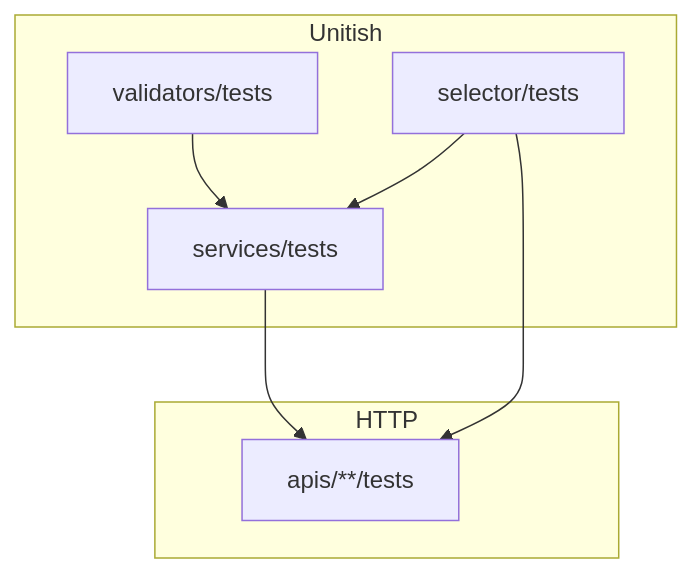
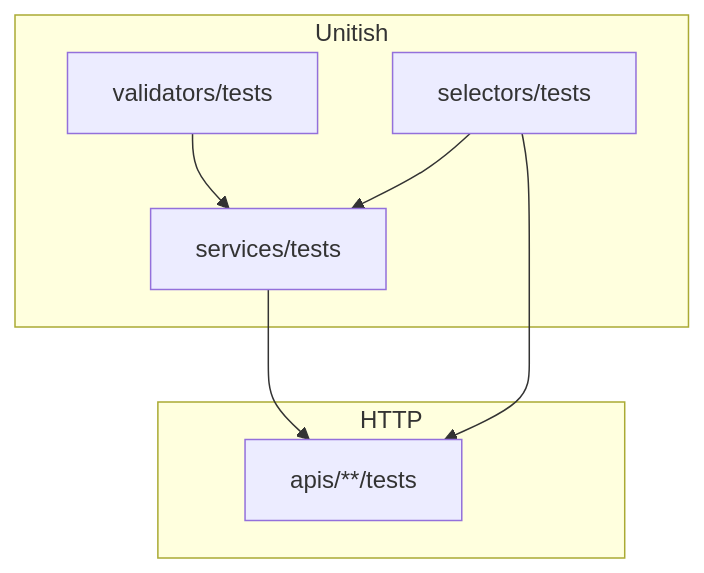
Before and after one commit to alidanial7/django-style-guide: the diagram in {{cookiecutter.project_name}}/docs/style-guide/platform/testing.md, drawn with Mermaid. The commit also changed other lines of this file and 29 other files, not shown here.

````diff
--- a/{{cookiecutter.project_name}}/docs/style-guide/platform/testing.md
+++ b/{{cookiecutter.project_name}}/docs/style-guide/platform/testing.md
@@ -23,15 +25,15 @@
 ```mermaid
 flowchart TB
     subgraph Unitish
         V[validators/tests]
         S[services/tests]
-        SEL[selector/tests]
+        SEL[selectors/tests]
     end
     subgraph HTTP
         A[apis/**/tests]
     end
     V --> S
     SEL --> S
     S --> A
     SEL --> A
 ```
````
